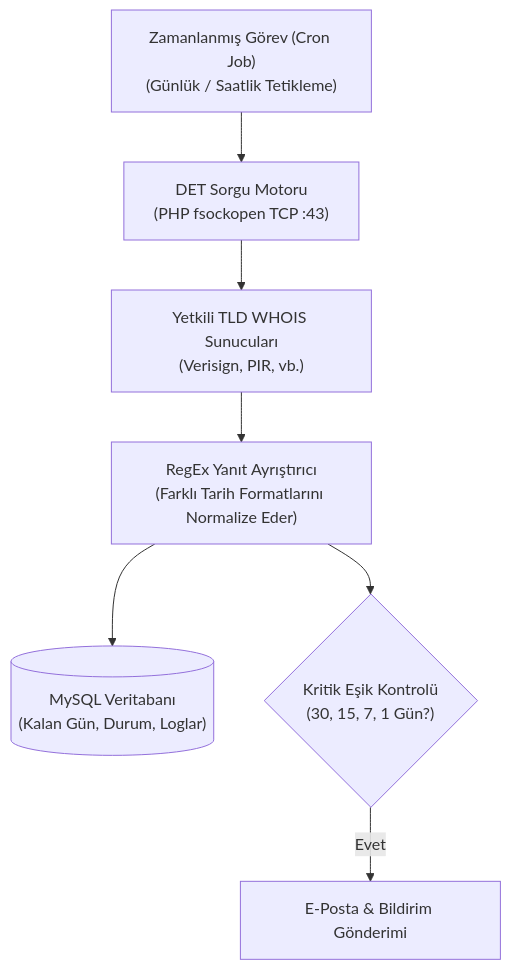
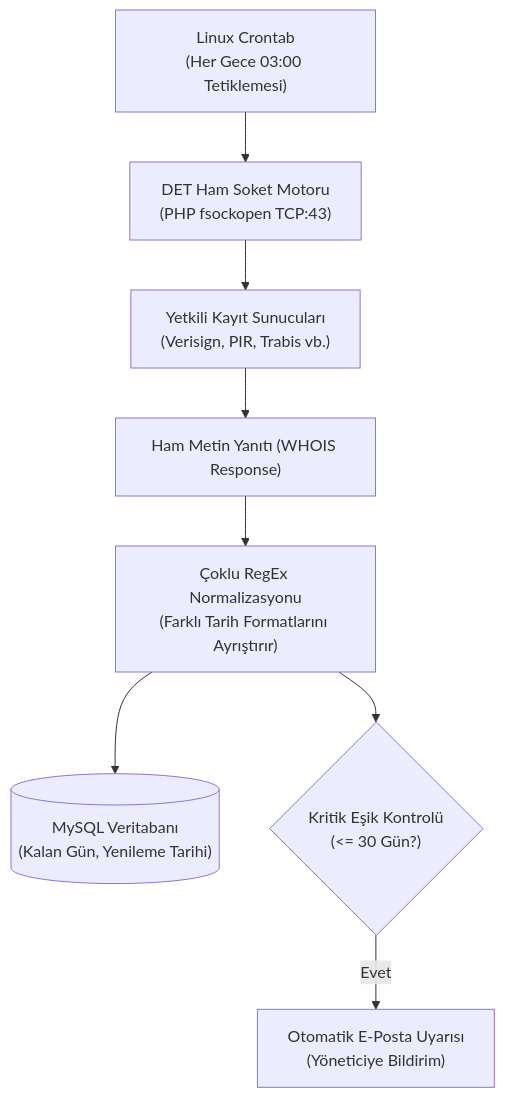
The diagram in src/content/broadcasts/tr/det-domain-takip-scripti.md (oaonuraksoy/oaonuraksoy), drawn with Mermaid before and after one commit. The commit also changed other lines of this file and 28 other files, not shown here.

Commit message:
feat(broadcasts): humanize 10 video case studies, add vault assets, webp covers and faqpage schema

````diff
--- a/src/content/broadcasts/tr/det-domain-takip-scripti.md
+++ b/src/content/broadcasts/tr/det-domain-takip-scripti.md
@@ -36,9 +54,10 @@
 ```mermaid
 flowchart TD
-    Cron["Zamanlanmış Görev (Cron Job)<br/>(Günlük / Saatlik Tetikleme)"] --> Engine["DET Sorgu Motoru<br/>(PHP fsockopen TCP :43)"]
-    Engine --> WHOIS["Yetkili TLD WHOIS Sunucuları<br/>(Verisign, PIR, vb.)"]
-    WHOIS --> Parser["RegEx Yanıt Ayrıştırıcı<br/>(Farklı Tarih Formatlarını Normalize Eder)"]
-    Parser --> DB[("MySQL Veritabanı<br/>(Kalan Gün, Durum, Loglar)")]
-    Parser --> Alert{"Kritik Eşik Kontrolü<br/>(30, 15, 7, 1 Gün?)"}
-    Alert -->|Evet| Notify["E-Posta & Bildirim Gönderimi"]
+    Cron["Linux Crontab<br/>(Her Gece 03:00 Tetiklemesi)"] --> Socket["DET Ham Soket Motoru<br/>(PHP fsockopen TCP:43)"]
+    Socket --> TLD["Yetkili Kayıt Sunucuları<br/>(Verisign, PIR, Trabis vb.)"]
+    TLD --> Raw["Ham Metin Yanıtı (WHOIS Response)"]
+    Raw --> RegEx["Çoklu RegEx Normalizasyonu<br/>(Farklı Tarih Formatlarını Ayrıştırır)"]
+    RegEx --> DB[("MySQL Veritabanı<br/>(Kalan Gün, Yenileme Tarihi)")]
+    RegEx --> Check{"Kritik Eşik Kontrolü<br/>(<= 30 Gün?)"}
+    Check -->|Evet| Mail["Otomatik E-Posta Uyarısı<br/>(Yöneticiye Bildirim)"]
 ```
````
